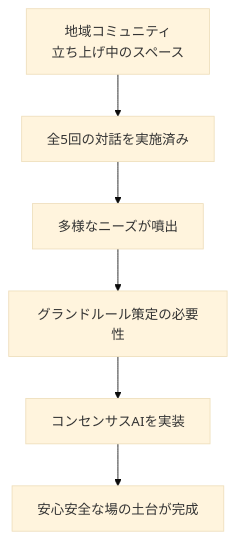
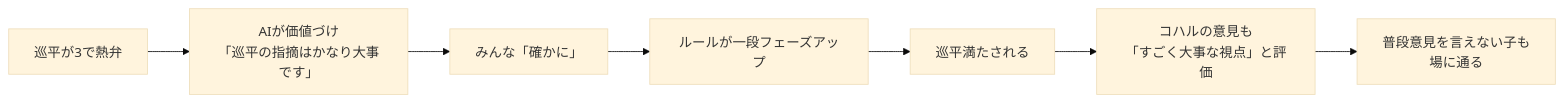
Before and after one commit to VOMOYA/planetary-learning-mtg-reports: the fifth of 10 diagrams in プラネタリーラーニング運営MTG_20260604.md, drawn with Mermaid (base theme). The commit also changed other lines of this file, not shown here.

````diff
--- a/プラネタリーラーニング運営MTG_20260604.md
+++ b/プラネタリーラーニング運営MTG_20260604.md
@@ -81,8 +204,9 @@
 ```mermaid
-graph TD
-  A[地域コミュニティ<br/>立ち上げ中のスペース] --> B[全5回の対話を実施済み]
-  B --> C[多様なニーズが噴出]
-  C --> D[グランドルール策定の必要性]
-  D --> E[コンセンサスAIを実装]
-  E --> F[安心安全な場の土台が完成]
+graph LR
+  A[巡平が3で熱弁] --> B[AIが価値づけ<br/>「巡平の指摘はかなり大事です」]
+  B --> C[みんな「確かに」]
+  C --> D[ルールが一段フェーズアップ]
+  D --> E[巡平満たされる]
+  E --> F[コハルの意見も<br/>「すごく大事な視点」と評価]
+  F --> G[普段意見を言えない子も<br/>場に通る]
 ```
````
